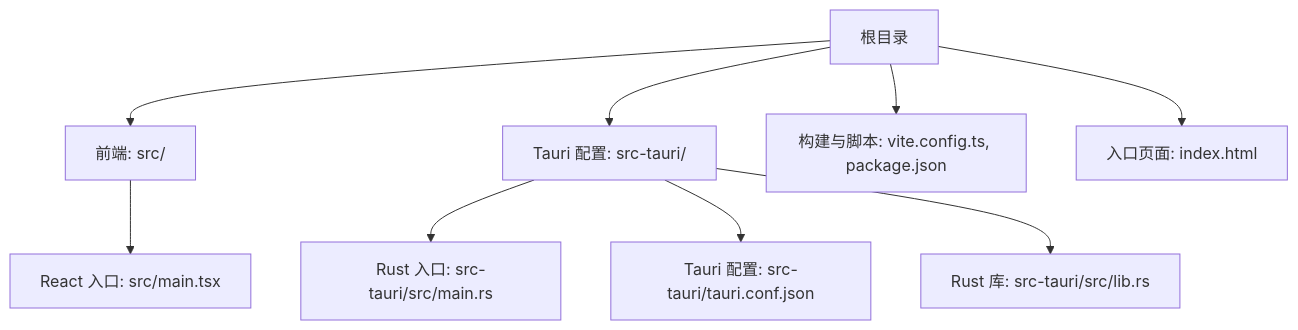
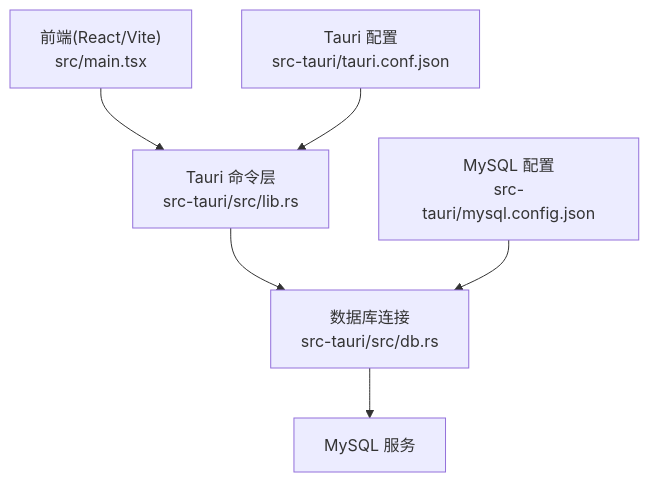
The first of 3 diagrams in .qoder/repowiki/zh/content/项目概述/快速开始.md (gzdxhujiale/FishWorker), drawn with Mermaid before and after one commit. The commit also changed other lines of this file and 238 other files, not shown here.

````diff
--- a/.qoder/repowiki/zh/content/项目概述/快速开始.md
+++ b/.qoder/repowiki/zh/content/项目概述/快速开始.md
@@ -41,11 +39,8 @@
 ```mermaid
 graph TB
-A["根目录"] --> B["前端: src/"]
-A --> C["Tauri 配置: src-tauri/"]
-A --> D["构建与脚本: vite.config.ts, package.json"]
-A --> E["入口页面: index.html"]
-B --> F["React 入口: src/main.tsx"]
-C --> G["Rust 入口: src-tauri/src/main.rs"]
-C --> H["Tauri 配置: src-tauri/tauri.conf.json"]
-C --> I["Rust 库: src-tauri/src/lib.rs"]
+A["前端(React/Vite)<br/>src/main.tsx"] --> B["Tauri 命令层<br/>src-tauri/src/lib.rs"]
+B --> C["数据库连接<br/>src-tauri/src/db.rs"]
+C --> D["MySQL 服务"]
+E["Tauri 配置<br/>src-tauri/tauri.conf.json"] --> B
+F["MySQL 配置<br/>src-tauri/mysql.config.json"] --> C
 ```
````
